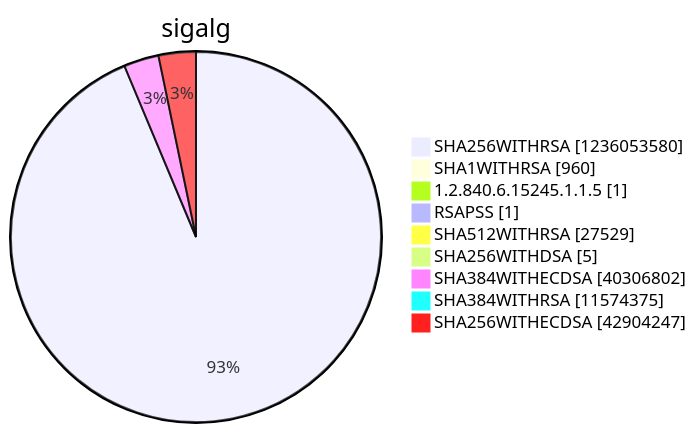
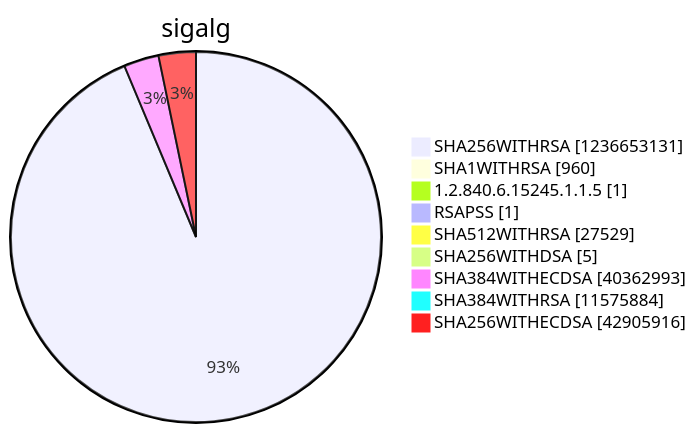
One commit to christiankrug/ctmonitor_visualization changed diagram 15 of 15 in argon2022/README.md. Above: the diagram before and after it, drawn with Mermaid. The commit also changed other lines of this file, not shown here.

````diff
--- a/argon2022/README.md
+++ b/argon2022/README.md
@@ -5522,13 +5522,13 @@
 ```mermaid
 pie showData
 title sigalg
-"SHA256WITHRSA" :1236053580
+"SHA256WITHRSA" :1236653131
 "SHA1WITHRSA" :960
 "1.2.840.6.15245.1.1.5" :1
 "RSAPSS" :1
 "SHA512WITHRSA" :27529
 "SHA256WITHDSA" :5
-"SHA384WITHECDSA" :40306802
-"SHA384WITHRSA" :11574375
-"SHA256WITHECDSA" :42904247
+"SHA384WITHECDSA" :40362993
+"SHA384WITHRSA" :11575884
+"SHA256WITHECDSA" :42905916
 ```
````
